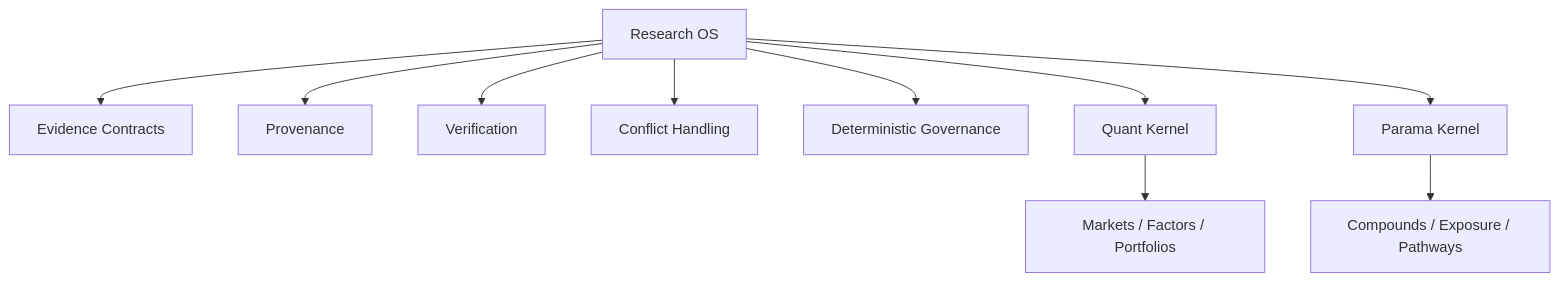
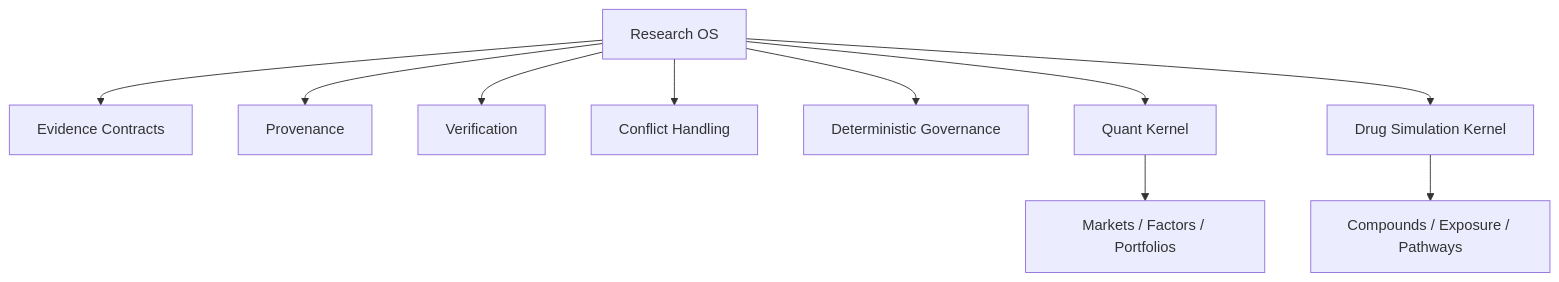
The tenth of 12 diagrams in README.md (zhiheng-zhang-Mera/celestial-drug-simulator), drawn with Mermaid before and after one commit. The commit also changed other lines of this file and 1 other file, not shown here.

Commit message:
Complete Drug Simulator rename

````diff
--- a/README.md
+++ b/README.md
@@ -932,14 +932,14 @@
 ```mermaid
 flowchart TD
     A["Research OS"] --> B["Evidence Contracts"]
     A --> C["Provenance"]
     A --> D["Verification"]
     A --> E["Conflict Handling"]
     A --> F["Deterministic Governance"]
 
     A --> Q["Quant Kernel"]
-    A --> P["Parama Kernel"]
+    A --> P["Drug Simulation Kernel"]
 
     Q --> Q1["Markets / Factors / Portfolios"]
     P --> P1["Compounds / Exposure / Pathways"]
 ```
````
